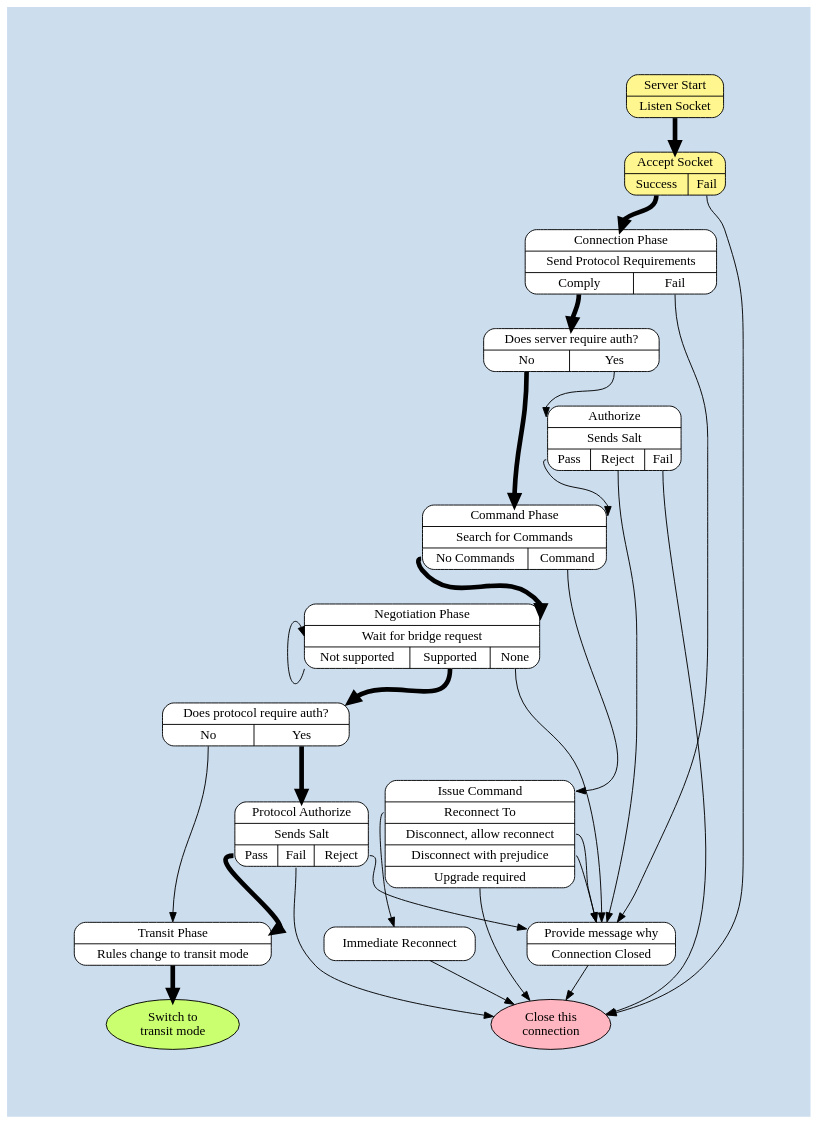
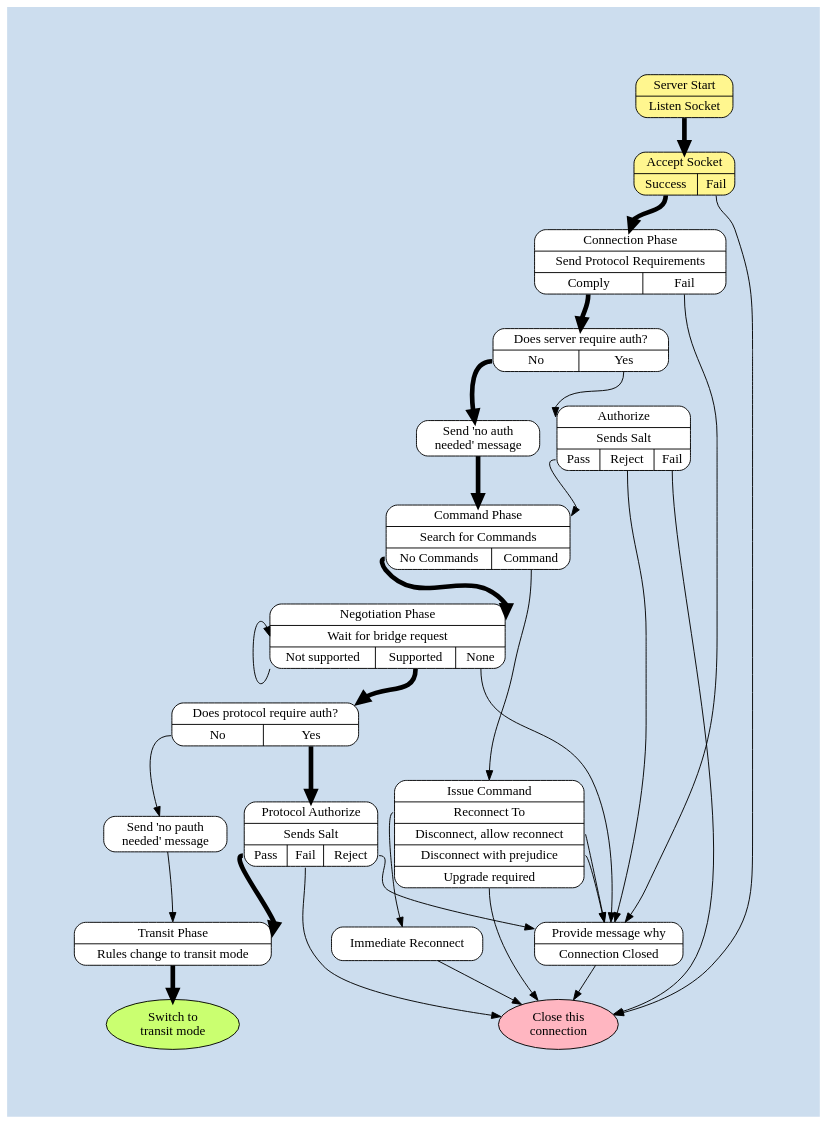
Before and after one commit to StoneCypher/scutil.github.com: the diagram in spec/NBP Client Diagram.dot, drawn with Graphviz. The commit also changed 1 other file, not shown here.

```diff
--- a/spec/NBP Client Diagram.dot
+++ b/spec/NBP Client Diagram.dot
@@ -1,68 +1,72 @@
 // $Revision$
 
 digraph G {
 
     graph [bgcolor="#ccddee" style=filled pad=1];
     node  [fillcolor=white style=filled shape=Mrecord fontname="candara"];
     edge  [];
 
-    "server_start"             [label="{Server Start|<listensocket>Listen Socket}"        fillcolor=khaki1 style=filled];
-    "accept_socket"            [label="{<in>Accept Socket|{<success>Success|<fail>Fail}}" fillcolor=khaki1 style=filled];
-    "connection_phase"         [label="{<in>Connection Phase|Send Protocol Requirements|{<comply>Comply|<fail>Fail}}"];
-    "require_auth"             [label="{<in>Does server require auth?|{<no>No|<yes>Yes}}"];
-    "authorize"                [label="{<in>Authorize|Sends Salt|{<pass>Pass|<reject>Reject|<fail>Fail}}"];
-    "command_phase"            [label="{<in>Command Phase|Search for Commands|{<nocommands>No Commands|<command>Command}}"];
-    "issue_command"            [label="{<in>Issue Command|<reconnectto>Reconnect To|<disconnect>Disconnect, allow reconnect|<disconnectpr>Disconnect with prejudice|<upgrade>Upgrade required}"];
-    "negotiation_phase"        [label="{<in>Negotiation Phase|<wait>Wait for bridge request|{<bad>Not supported|<good>Supported|<none>None}}"];
-    "protocol_require_auth"    [label="{<in>Does protocol require auth?|{<no>No|<yes>Yes}}"];
-    "protocol_authorize"       [label="{<in>Protocol Authorize|Sends Salt|{<pass>Pass|<fail>Fail|<reject>Reject}}"];
-    "transit_phase"            [label="{<in>Transit Phase|Rules change to transit mode}"];
-    "immediate_reconnect"      [label="Immediate Reconnect"];
-    "close_connection_message" [label="{Provide message why|Connection Closed}"];
-    "close_connection"         [label="Close this\nconnection" shape=ellipse fillcolor=lightpink style=filled]
-    "start_transit_phase"      [label="Switch to\ntransit mode" shape=ellipse fillcolor=darkolivegreen1 style=filled]
+    "server_start"                 [label="{Server Start|<listensocket>Listen Socket}"        fillcolor=khaki1 style=filled];
+    "accept_socket"                [label="{<in>Accept Socket|{<success>Success|<fail>Fail}}" fillcolor=khaki1 style=filled];
+    "connection_phase"             [label="{<in>Connection Phase|Send Protocol Requirements|{<comply>Comply|<fail>Fail}}"];
+    "require_auth"                 [label="{<in>Does server require auth?|{<no>No|<yes>Yes}}"];
+    "authorize"                    [label="{<in>Authorize|Sends Salt|{<pass>Pass|<reject>Reject|<fail>Fail}}"];
+    "command_phase"                [label="{<in>Command Phase|Search for Commands|{<nocommands>No Commands|<command>Command}}"];
+    "issue_command"                [label="{<in>Issue Command|<reconnectto>Reconnect To|<disconnect>Disconnect, allow reconnect|<disconnectpr>Disconnect with prejudice|<upgrade>Upgrade required}"];
+    "negotiation_phase"            [label="{<in>Negotiation Phase|<wait>Wait for bridge request|{<bad>Not supported|<good>Supported|<none>None}}"];
+    "protocol_require_auth"        [label="{<in>Does protocol require auth?|{<no>No|<yes>Yes}}"];
+    "protocol_authorize"           [label="{<in>Protocol Authorize|Sends Salt|{<pass>Pass|<fail>Fail|<reject>Reject}}"];
+    "transit_phase"                [label="{<in>Transit Phase|Rules change to transit mode}"];
+    "immediate_reconnect"          [label="Immediate Reconnect"];
+    "close_connection_message"     [label="{Provide message why|Connection Closed}"];
+    "close_connection"             [label="Close this\nconnection" shape=ellipse fillcolor=lightpink style=filled];
+    "start_transit_phase"          [label="Switch to\ntransit mode" shape=ellipse fillcolor=darkolivegreen1 style=filled];
+    "send_no_auth_needed_message"  [label="Send 'no auth\nneeded' message"];
+    "send_no_pauth_needed_message" [label="Send 'no pauth\nneeded' message"];
 
     server_start:listensocket     -> accept_socket:in               [penwidth=5];
 
     accept_socket:success         -> connection_phase:in            [penwidth=5];
     accept_socket:fail            -> close_connection               [];
 
     connection_phase:comply       -> require_auth:in                [penwidth=5];
     connection_phase:fail         -> close_connection_message       [];
 
     require_auth:yes              -> authorize:in                   [];
-    require_auth:no               -> command_phase:in               [penwidth=5];
+    require_auth:no               -> send_no_auth_needed_message    [penwidth=5];
+    send_no_auth_needed_message   -> command_phase:in               [penwidth=5];
 
     close_connection_message      -> close_connection               [];
 
     authorize:pass                -> command_phase:in               [];
     authorize:fail                -> close_connection               [];
     authorize:reject              -> close_connection_message       [];
 
     command_phase:command         -> issue_command:in               [];
 
     issue_command:reconnectto:w   -> immediate_reconnect            [];
     issue_command:disconnect:e    -> close_connection_message       [];
     issue_command:disconnectpr:e  -> close_connection_message       [];
     issue_command:upgrade:s       -> close_connection               [];
 
     immediate_reconnect           -> close_connection               [];
 
     command_phase:nocommands      -> negotiation_phase:in           [penwidth=5];
 
     negotiation_phase:bad:sw      -> negotiation_phase:wait:w       [constraint=false];
     negotiation_phase:none:s      -> close_connection_message       [];
     negotiation_phase:good:s      -> protocol_require_auth:in:ne    [penwidth=5];
 
     protocol_require_auth:yes     -> protocol_authorize:in          [penwidth=5];
-    protocol_require_auth:no      -> transit_phase:in               [];
+    protocol_require_auth:no      -> send_no_pauth_needed_message   [];
+    send_no_pauth_needed_message  -> transit_phase:in               [];
 
     protocol_authorize:pass       -> transit_phase:in               [penwidth=5];
     protocol_authorize:fail       -> close_connection               [];
     protocol_authorize:reject     -> close_connection_message       [];
 
     transit_phase                 -> start_transit_phase            [penwidth=5];
 
 
 
 }
```
